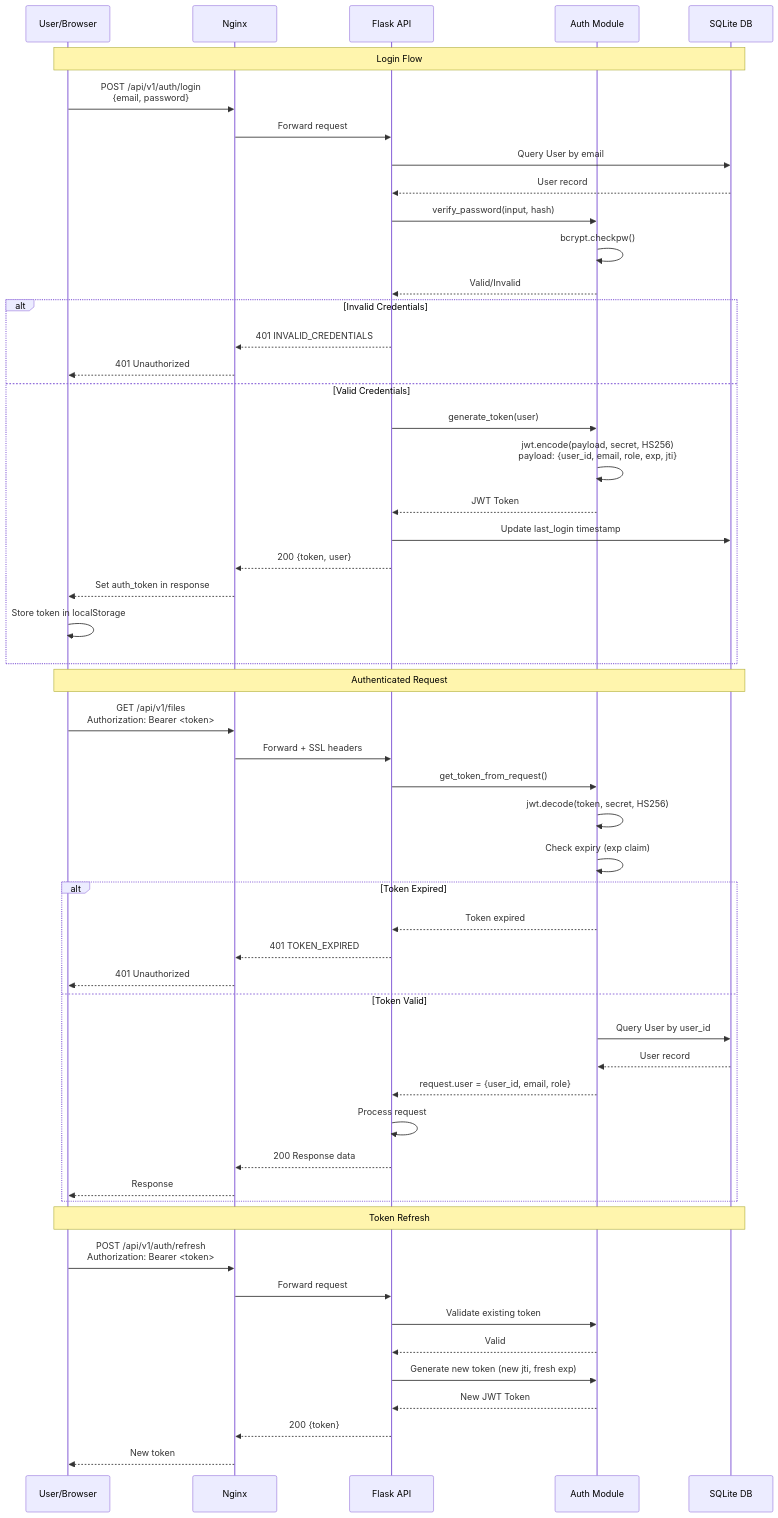
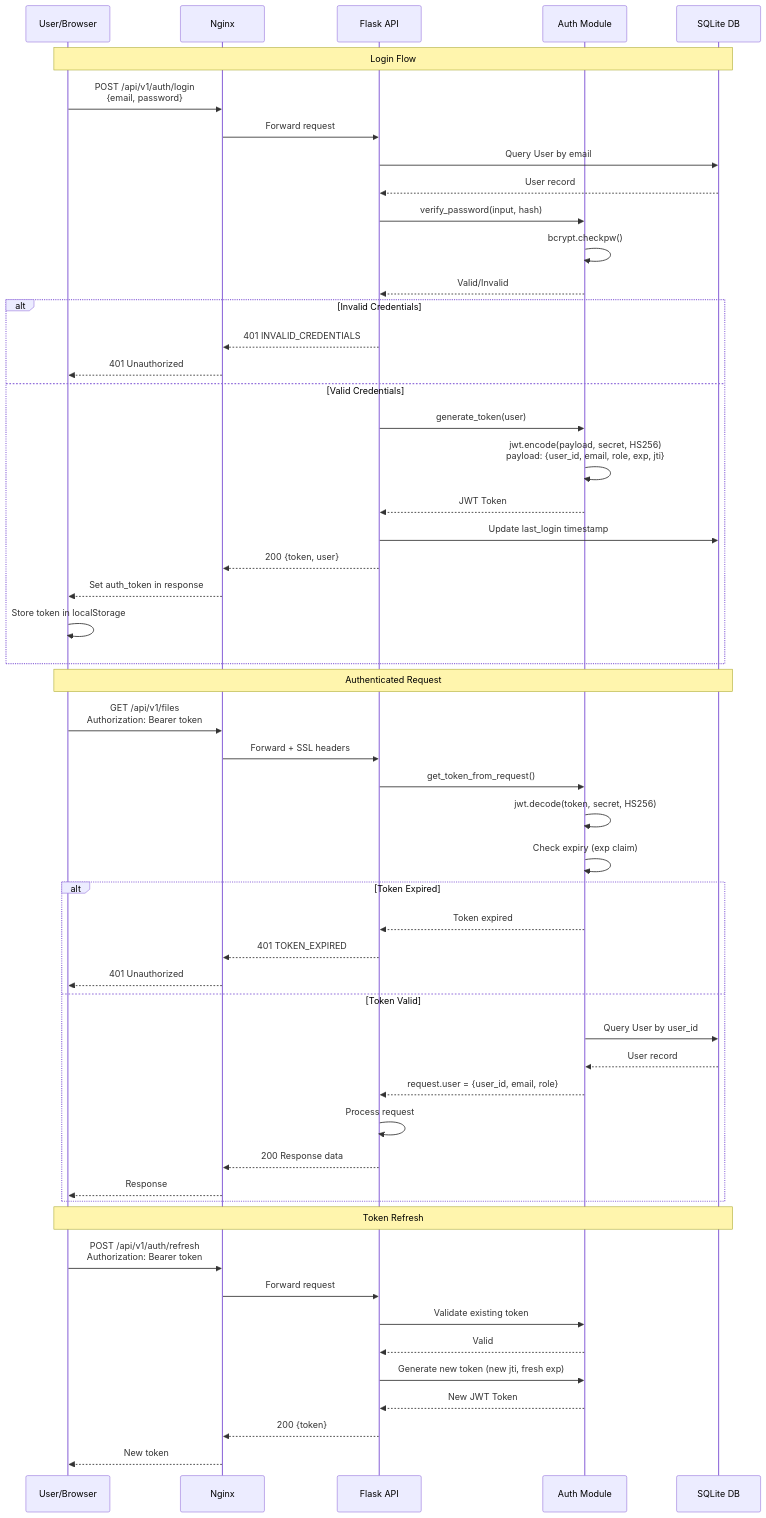
The second of 8 diagrams in docs/diagrams.md (andreas-04/thumbs-up), drawn with Mermaid before and after one commit. The commit also changed other lines of this file, not shown here.

First line of the commit message:
Update diagrams to reflect RBAC refactoring

````diff
--- a/docs/diagrams.md
+++ b/docs/diagrams.md
@@ -76,60 +79,60 @@
 ```mermaid
 sequenceDiagram
     participant U as User/Browser
     participant N as Nginx
     participant F as Flask API
     participant A as Auth Module
     participant DB as SQLite DB
 
     Note over U,DB: Login Flow
     U->>N: POST /api/v1/auth/login<br/>{email, password}
     N->>F: Forward request
     F->>DB: Query User by email
     DB-->>F: User record
     F->>A: verify_password(input, hash)
     A->>A: bcrypt.checkpw()
     A-->>F: Valid/Invalid
 
     alt Invalid Credentials
         F-->>N: 401 INVALID_CREDENTIALS
         N-->>U: 401 Unauthorized
     else Valid Credentials
         F->>A: generate_token(user)
         A->>A: jwt.encode(payload, secret, HS256)<br/>payload: {user_id, email, role, exp, jti}
         A-->>F: JWT Token
         F->>DB: Update last_login timestamp
         F-->>N: 200 {token, user}
         N-->>U: Set auth_token in response
         U->>U: Store token in localStorage
     end
 
     Note over U,DB: Authenticated Request
-    U->>N: GET /api/v1/files<br/>Authorization: Bearer <token>
+    U->>N: GET /api/v1/files<br/>Authorization: Bearer token
     N->>F: Forward + SSL headers
     F->>A: get_token_from_request()
     A->>A: jwt.decode(token, secret, HS256)
     A->>A: Check expiry (exp claim)
 
     alt Token Expired
         A-->>F: Token expired
         F-->>N: 401 TOKEN_EXPIRED
         N-->>U: 401 Unauthorized
     else Token Valid
         A->>DB: Query User by user_id
         DB-->>A: User record
         A-->>F: request.user = {user_id, email, role}
         F->>F: Process request
         F-->>N: 200 Response data
         N-->>U: Response
     end
 
     Note over U,DB: Token Refresh
-    U->>N: POST /api/v1/auth/refresh<br/>Authorization: Bearer <token>
+    U->>N: POST /api/v1/auth/refresh<br/>Authorization: Bearer token
     N->>F: Forward request
     F->>A: Validate existing token
     A-->>F: Valid
     F->>A: Generate new token (new jti, fresh exp)
     A-->>F: New JWT Token
     F-->>N: 200 {token}
     N-->>U: New token
 ```
````
